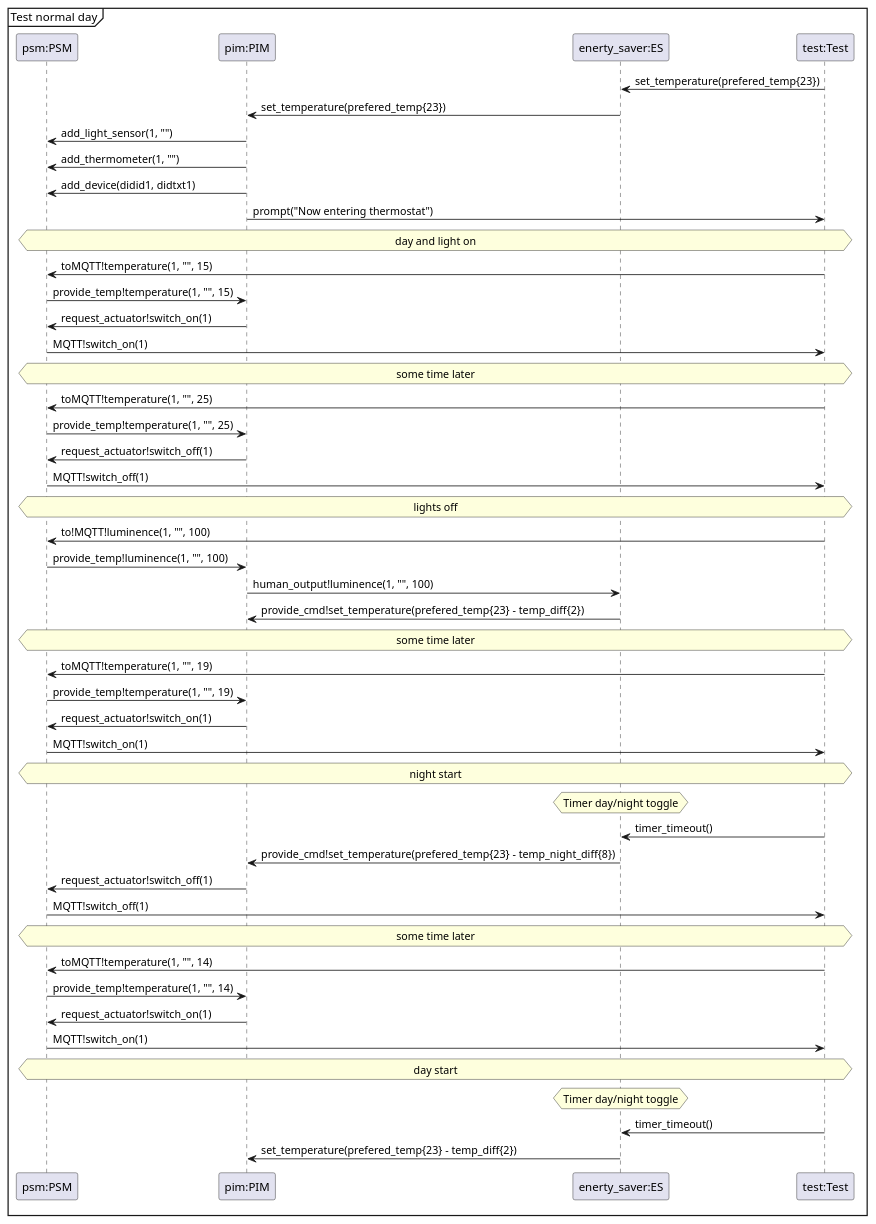
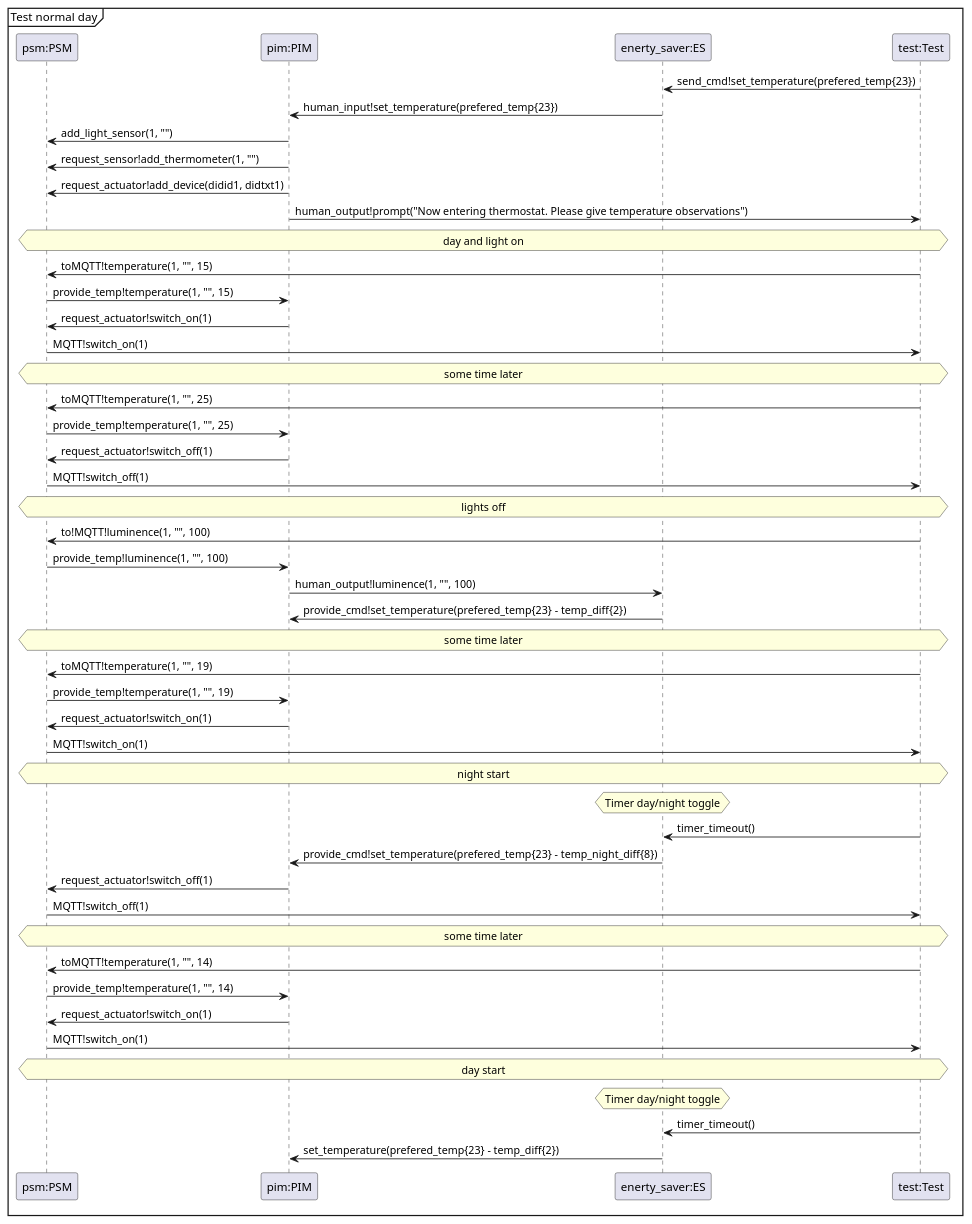
Before and after one commit to Tobhal/HIOF-Models-and-Digital-Twins: the diagram in Oblig1/TheRoomX3D2.MQTT.sim/Diagrams/new - sequence test diagram.plantuml, drawn with PlantUML. The commit also changed 1 other file, not shown here.

Commit message:
Update diagrams

```diff
--- a/Oblig1/TheRoomX3D2.MQTT.sim/Diagrams/new - sequence test diagram.plantuml
+++ b/Oblig1/TheRoomX3D2.MQTT.sim/Diagrams/new - sequence test diagram.plantuml
@@ -1,77 +1,77 @@
 @startuml sequense diagram
 mainframe Test normal day
 
 participant "psm:PSM" as psm
 participant "pim:PIM" as pim
 participant "enerty_saver:ES" as es
 participant "test:Test" as test
 
 'Set preferred temp
-es <- test: set_temperature(prefered_temp{23})
-pim <- es: set_temperature(prefered_temp{23})
+es <- test: send_cmd!set_temperature(prefered_temp{23})
+pim <- es: human_input!set_temperature(prefered_temp{23})
 
 psm <- pim: add_light_sensor(1, "")
 
-psm <- pim: add_thermometer(1, "")
-psm <- pim: add_device(didid1, didtxt1)
+psm <- pim: request_sensor!add_thermometer(1, "")
+psm <- pim: request_actuator!add_device(didid1, didtxt1)
 
-pim -> test: prompt("Now entering thermostat")
+pim -> test: human_output!prompt("Now entering thermostat. Please give temperature observations")
 
 hnote across: day and light on
 'setup compleat
 
 test -> psm: toMQTT!temperature(1, "", 15)
 psm -> pim: provide_temp!temperature(1, "", 15)
 
 psm <- pim: request_actuator!switch_on(1)
 test <- psm: MQTT!switch_on(1)
 
 hnote across: some time later
 
 test -> psm: toMQTT!temperature(1, "", 25)
 psm -> pim: provide_temp!temperature(1, "", 25)
 
 psm <- pim: request_actuator!switch_off(1)
 test <- psm: MQTT!switch_off(1)
 
 hnote across: lights off
 
 test -> psm: to!MQTT!luminence(1, "", 100)
 psm -> pim: provide_temp!luminence(1, "", 100)
 pim -> es: human_output!luminence(1, "", 100)
 
 pim <- es: provide_cmd!set_temperature(prefered_temp{23} - temp_diff{2})
 
 hnote across: some time later
 
 test -> psm: toMQTT!temperature(1, "", 19)
 psm -> pim: provide_temp!temperature(1, "", 19)
 
 psm <- pim: request_actuator!switch_on(1)
 test <- psm: MQTT!switch_on(1)
 
 hnote across: night start
 hnote over es: Timer day/night toggle
 es <- test: timer_timeout()
 
 pim <- es: provide_cmd!set_temperature(prefered_temp{23} - temp_night_diff{8})
 
 psm <- pim: request_actuator!switch_off(1)
 test <- psm: MQTT!switch_off(1)
 
 hnote across: some time later
 
 test -> psm: toMQTT!temperature(1, "", 14)
 psm -> pim: provide_temp!temperature(1, "", 14)
 
 psm <- pim: request_actuator!switch_on(1)
 test <- psm: MQTT!switch_on(1)
 
 hnote across: day start
 hnote over es: Timer day/night toggle
 es <- test: timer_timeout()
 
 pim <- es: set_temperature(prefered_temp{23} - temp_diff{2})
 
 
 @enduml
```
